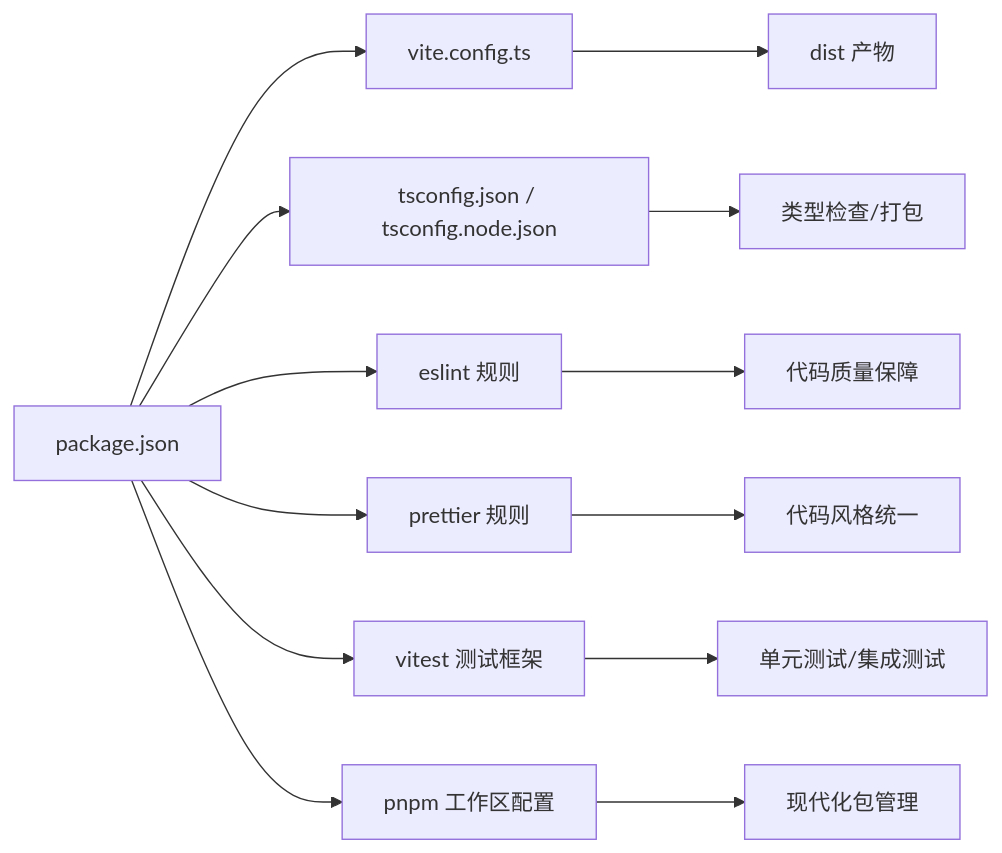
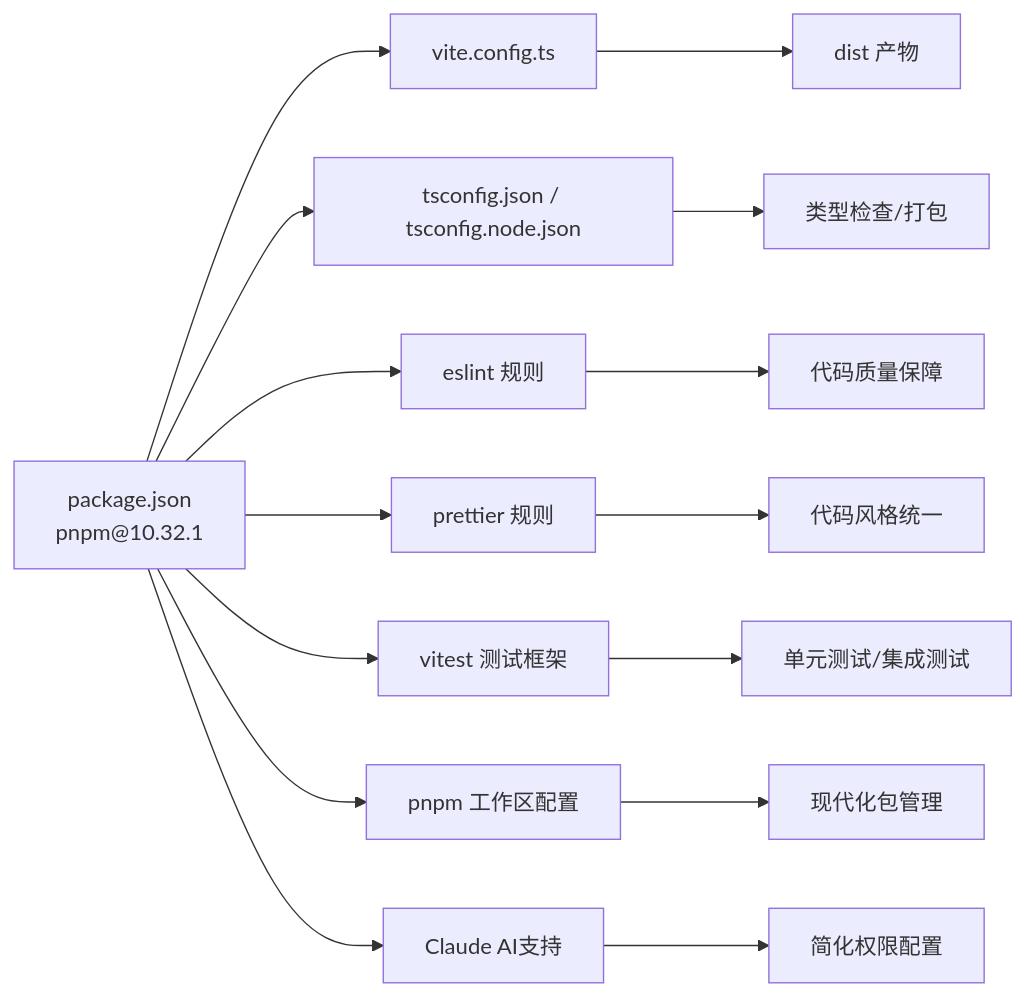
The fifth of 5 diagrams in .qoder/repowiki/zh/content/开发指南/开发指南.md (terwerinc/siyuan-plugin-share-pro), drawn with Mermaid before and after one commit. The commit also changed other lines of this file and 6 other files, not shown here.

````diff
--- a/.qoder/repowiki/zh/content/开发指南/开发指南.md
+++ b/.qoder/repowiki/zh/content/开发指南/开发指南.md
@@ -271,15 +289,17 @@
 ```mermaid
 graph LR
-Pkg["package.json"] --> Vite["vite.config.ts"]
+Pkg["package.json<br/>pnpm@10.32.1"] --> Vite["vite.config.ts"]
 Pkg --> TS["tsconfig.json / tsconfig.node.json"]
 Pkg --> ESL["eslint 规则"]
 Pkg --> PRET["prettier 规则"]
 Pkg --> VITEST["vitest 测试框架"]
 Pkg --> PNPM["pnpm 工作区配置"]
+Pkg --> CLAUDE["Claude AI支持"]
 Vite --> Dist["dist 产物"]
 TS --> Build["类型检查/打包"]
 ESL --> Quality["代码质量保障"]
 PRET --> Style["代码风格统一"]
 VITEST --> Tests["单元测试/集成测试"]
 PNPM --> Workspace["现代化包管理"]
+CLAUDE --> AI["简化权限配置"]
 ```
````
